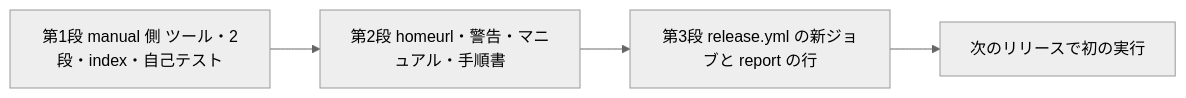
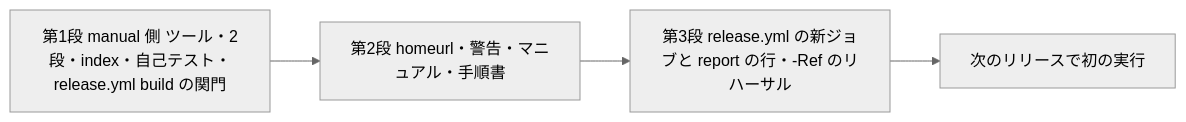
Before and after one commit to ekicyou/pasta: the fourth of 4 diagrams in .kiro/specs/hello-pasta-network-update/design.md, drawn with Mermaid (neutral theme). The commit also changed other lines of this file and 2 other files, not shown here.

````diff
--- a/.kiro/specs/hello-pasta-network-update/design.md
+++ b/.kiro/specs/hello-pasta-network-update/design.md
@@ -616,6 +629,6 @@
 ```mermaid
 flowchart LR
-    S1[第1段 manual 側 ツール・2段・index・自己テスト] --> S2[第2段 homeurl・警告・マニュアル・手順書]
-    S2 --> S3[第3段 release.yml の新ジョブと report の行]
+    S1[第1段 manual 側 ツール・2段・index・自己テスト・release.yml build の関門] --> S2[第2段 homeurl・警告・マニュアル・手順書]
+    S2 --> S3[第3段 release.yml の新ジョブと report の行・-Ref のリハーサル]
     S3 --> S4[次のリリースで初の実行]
 ```
````
